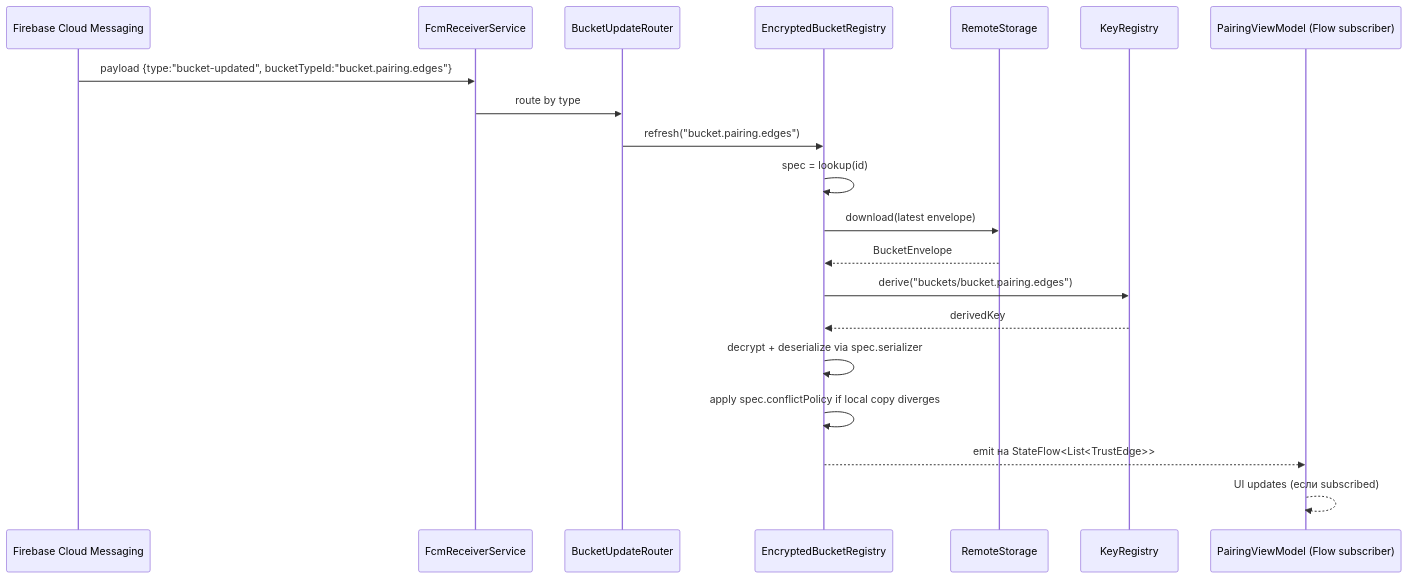
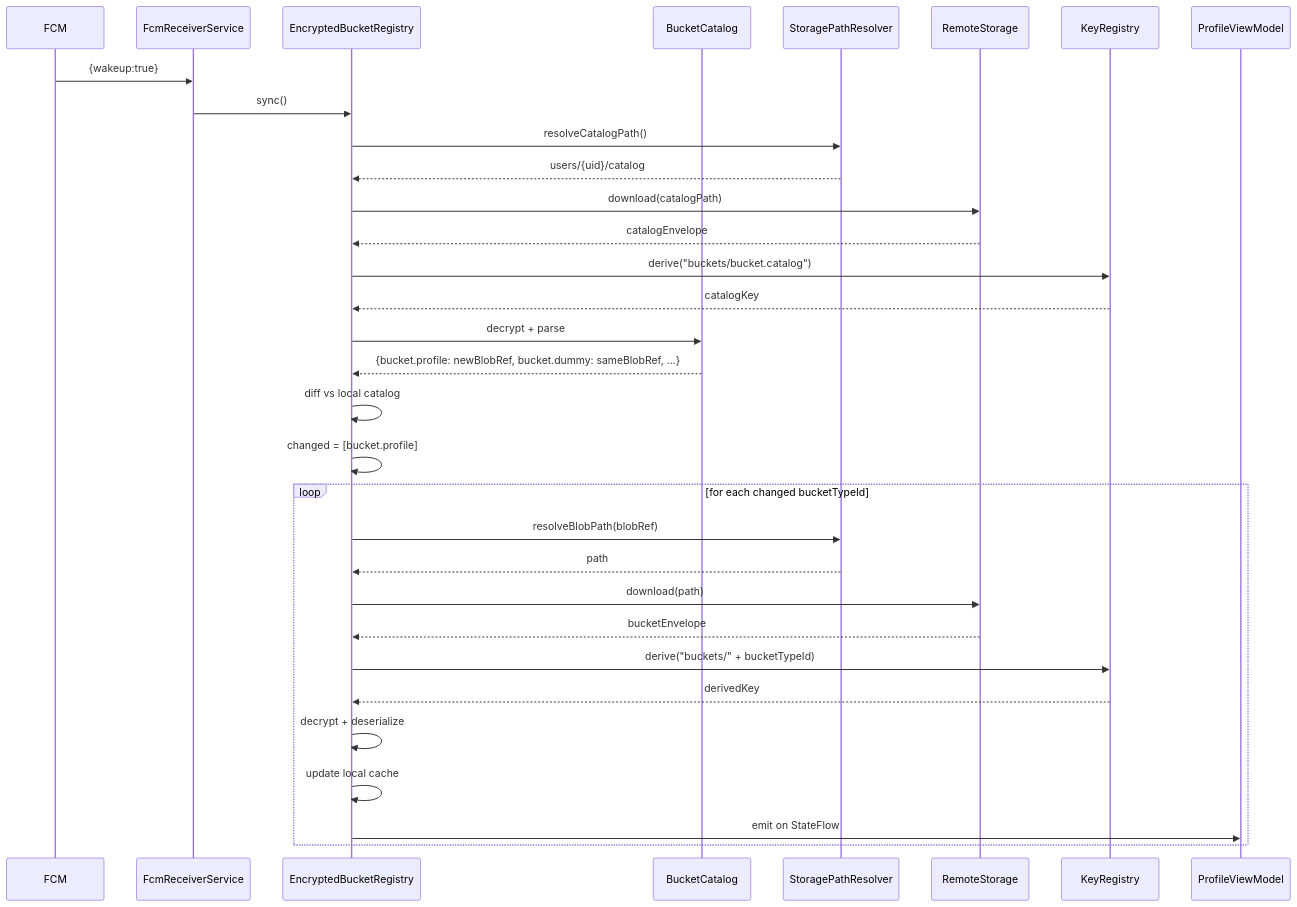
The sixth of 9 diagrams in specs/task-66-generic-encrypted-bucket-registry/spec.md (jeromwork/launcher), drawn with Mermaid before and after one commit. The commit also changed other lines of this file, not shown here.

````diff
--- a/specs/task-66-generic-encrypted-bucket-registry/spec.md
+++ b/specs/task-66-generic-encrypted-bucket-registry/spec.md
@@ -218,23 +246,35 @@
 ```mermaid
 sequenceDiagram
-  participant FCM as Firebase Cloud Messaging
+  participant FCM
   participant Receiver as FcmReceiverService
-  participant Router as BucketUpdateRouter
   participant Reg as EncryptedBucketRegistry
+  participant Cat as BucketCatalog
+  participant PR as StoragePathResolver
   participant RS as RemoteStorage
   participant KR as KeyRegistry
-  participant Listener as PairingViewModel (Flow subscriber)
+  participant Listener as ProfileViewModel
 
-  FCM->>Receiver: payload {type:"bucket-updated", bucketTypeId:"bucket.pairing.edges"}
-  Receiver->>Router: route by type
-  Router->>Reg: refresh("bucket.pairing.edges")
-  Reg->>Reg: spec = lookup(id)
-  Reg->>RS: download(latest envelope)
-  RS-->>Reg: BucketEnvelope
-  Reg->>KR: derive("buckets/bucket.pairing.edges")
-  KR-->>Reg: derivedKey
-  Reg->>Reg: decrypt + deserialize via spec.serializer
-  Reg->>Reg: apply spec.conflictPolicy if local copy diverges
-  Reg-->>Listener: emit на StateFlow<List<TrustEdge>>
-  Listener-->>Listener: UI updates (если subscribed)
+  FCM->>Receiver: {wakeup:true}
+  Receiver->>Reg: sync()
+  Reg->>PR: resolveCatalogPath()
+  PR-->>Reg: users/{uid}/catalog
+  Reg->>RS: download(catalogPath)
+  RS-->>Reg: catalogEnvelope
+  Reg->>KR: derive("buckets/bucket.catalog")
+  KR-->>Reg: catalogKey
+  Reg->>Cat: decrypt + parse
+  Cat-->>Reg: {bucket.profile: newBlobRef, bucket.dummy: sameBlobRef, ...}
+  Reg->>Reg: diff vs local catalog
+  Reg->>Reg: changed = [bucket.profile]
+  loop for each changed bucketTypeId
+    Reg->>PR: resolveBlobPath(blobRef)
+    PR-->>Reg: path
+    Reg->>RS: download(path)
+    RS-->>Reg: bucketEnvelope
+    Reg->>KR: derive("buckets/" + bucketTypeId)
+    KR-->>Reg: derivedKey
+    Reg->>Reg: decrypt + deserialize
+    Reg->>Reg: update local cache
+    Reg->>Listener: emit on StateFlow
+  end
 ```
````
